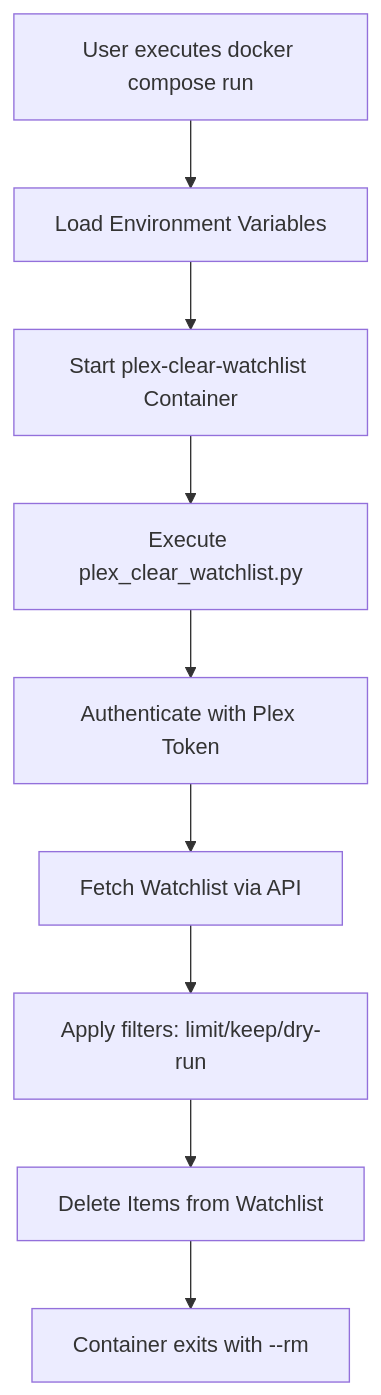
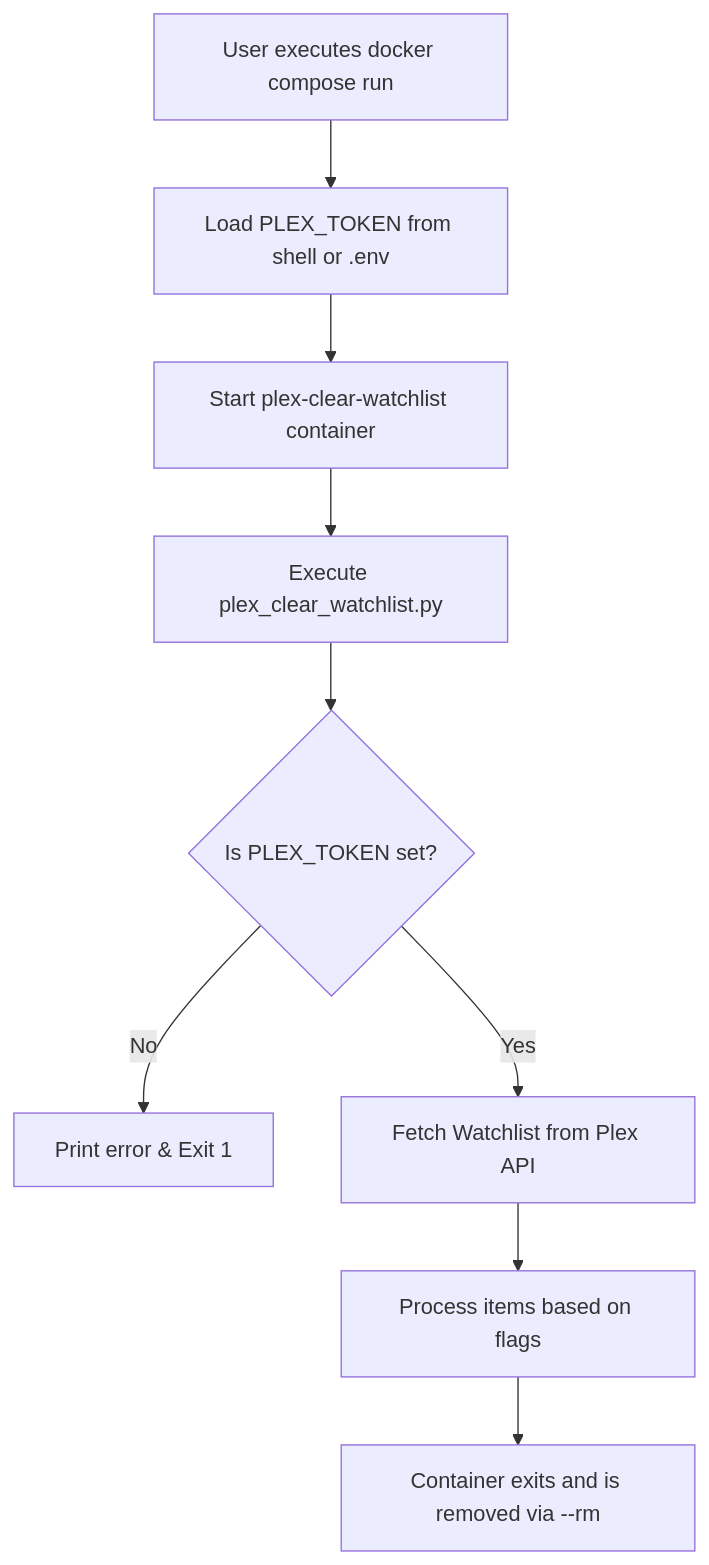
The first of 2 diagrams in .cubic/wiki/02-sec-setup/03-page-compose-setup.md (Avkroken/Docker-idempotent-update), drawn with Mermaid before and after one commit. The commit also changed other lines of this file and 42 other files, not shown here.

````diff
--- a/.cubic/wiki/02-sec-setup/03-page-compose-setup.md
+++ b/.cubic/wiki/02-sec-setup/03-page-compose-setup.md
@@ -55,11 +52,11 @@
 ```mermaid
-graph TD
-    Start[User executes docker compose run] --> EnvInit[Load Environment Variables]
-    EnvInit --> ContainerStart[Start plex-clear-watchlist Container]
-    ContainerStart --> ScriptRun[Execute plex_clear_watchlist.py]
-    ScriptRun --> PlexAuth[Authenticate with Plex Token]
-    PlexAuth --> FetchList[Fetch Watchlist via API]
-    FetchList --> Process[Apply filters: limit/keep/dry-run]
-    Process --> DeleteItems[Delete Items from Watchlist]
-    DeleteItems --> ContainerExit[Container exits with --rm]
+flowchart TD
+    Start[User executes docker compose run] --> Env[Load PLEX_TOKEN from shell or .env]
+    Env --> Container[Start plex-clear-watchlist container]
+    Container --> Script[Execute plex_clear_watchlist.py]
+    Script --> Auth{Is PLEX_TOKEN set?}
+    Auth -- No --> Error[Print error & Exit 1]
+    Auth -- Yes --> Watchlist[Fetch Watchlist from Plex API]
+    Watchlist --> Process[Process items based on flags]
+    Process --> Exit[Container exits and is removed via --rm]
 ```
````
